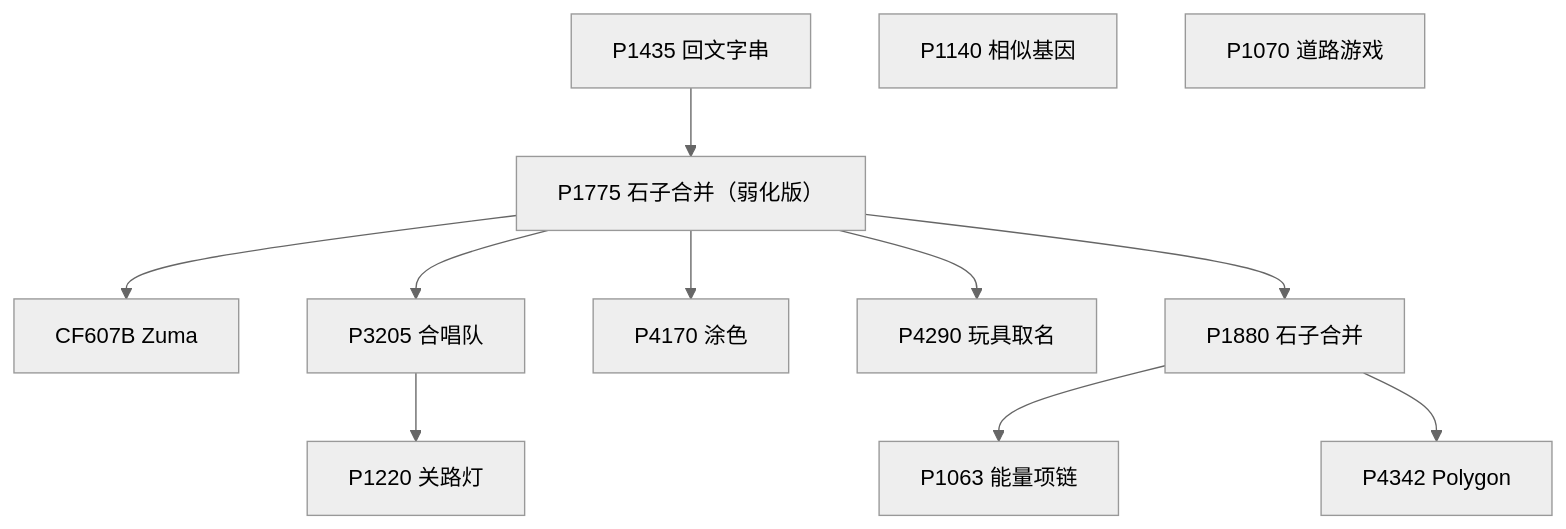
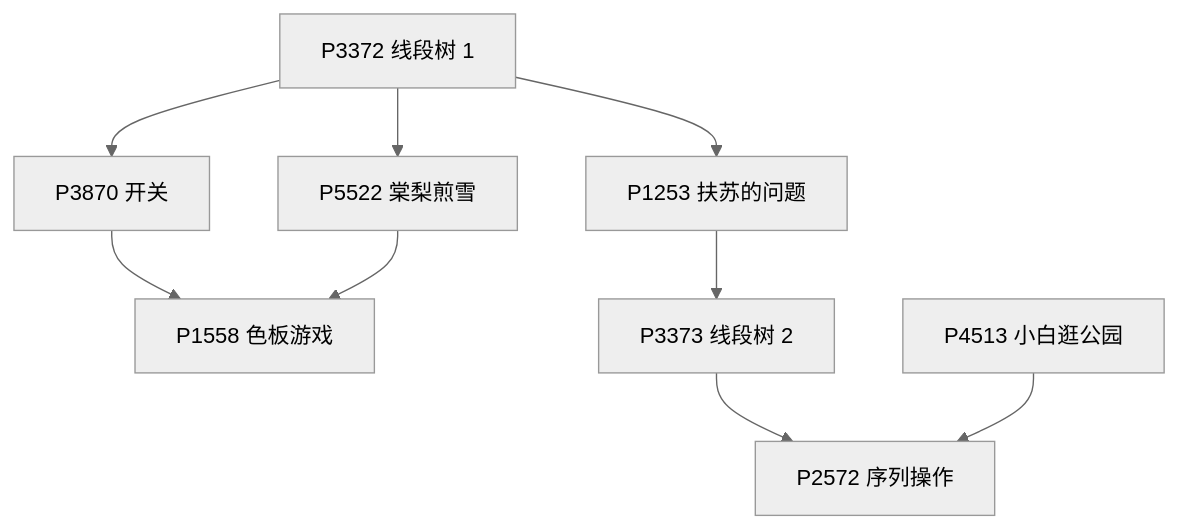
One commit to rainboyOJ/new_problem_solutions changed diagram 17 of 56 in problem-sets/luogu-official-advanced-training.md. Above: the diagram before and after it, drawn with Mermaid (neutral theme). The commit also changed other lines of this file and 3 other files, not shown here.

First line of the commit message:
fix(problem-sets): 前置关系图不再缩字——去孤立节点、按支线拆图、宽图横向滚动

````diff
--- a/problem-sets/luogu-official-advanced-training.md
+++ b/problem-sets/luogu-official-advanced-training.md
@@ -839,25 +499,20 @@
 ```mermaid
 flowchart TD
-  n1435["P1435 回文字串"]
-  n1775["P1775 石子合并（弱化版）"]
-  n607B["CF607B Zuma"]
-  n3205["P3205 合唱队"]
-  n4170["P4170 涂色"]
-  n4290["P4290 玩具取名"]
-  n1220["P1220 关路灯"]
-  n1880["P1880 石子合并"]
-  n1063["P1063 能量项链"]
-  n4342["P4342 Polygon"]
-  n1140["P1140 相似基因"]
-  n1070["P1070 道路游戏"]
+  nP3372["P3372 线段树 1"]
+  nP3870["P3870 开关"]
+  nP5522["P5522 棠梨煎雪"]
+  nP1558["P1558 色板游戏"]
+  nP1253["P1253 扶苏的问题"]
+  nP3373["P3373 线段树 2"]
+  nP2572["P2572 序列操作"]
+  nP4513["P4513 小白逛公园"]
 
-  n1435 --> n1775
-  n1775 --> n607B
-  n1775 --> n3205
-  n1775 --> n4170
-  n1775 --> n4290
-  n3205 --> n1220
-  n1775 --> n1880
-  n1880 --> n1063
-  n1880 --> n4342
+  nP3372 --> nP3870
+  nP3870 --> nP1558
+  nP3372 --> nP5522
+  nP5522 --> nP1558
+  nP3372 --> nP1253
+  nP1253 --> nP3373
+  nP3373 --> nP2572
+  nP4513 --> nP2572
 ```
````
